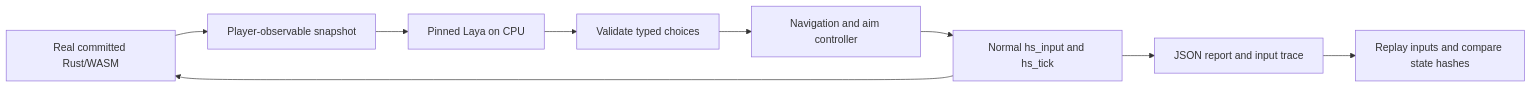
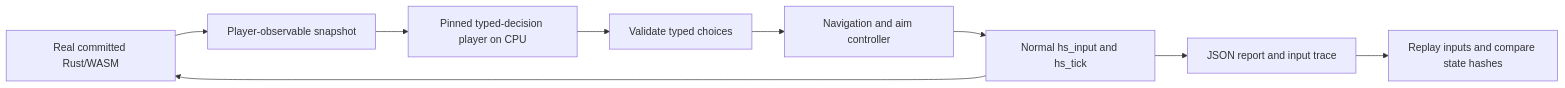
One commit to Idanbot/wasm-doom changed the diagram in docs/AI_GAME_QA.md. Above: the diagram before and after it, drawn with Mermaid. The commit also changed other lines of this file, not shown here.

Commit message:
Record hosted Laya and Decider CPU comparison [skip ci]

````diff
--- a/docs/AI_GAME_QA.md
+++ b/docs/AI_GAME_QA.md
@@ -8,11 +8,11 @@
 ```mermaid
 flowchart LR
     W[Real committed Rust/WASM] --> S[Player-observable snapshot]
-    S --> L[Pinned Laya on CPU]
+    S --> L[Pinned typed-decision player on CPU]
     L --> V[Validate typed choices]
     V --> C[Navigation and aim controller]
     C --> I[Normal hs_input and hs_tick]
     I --> W
     I --> R[JSON report and input trace]
     R --> D[Replay inputs and compare state hashes]
 ```
````
